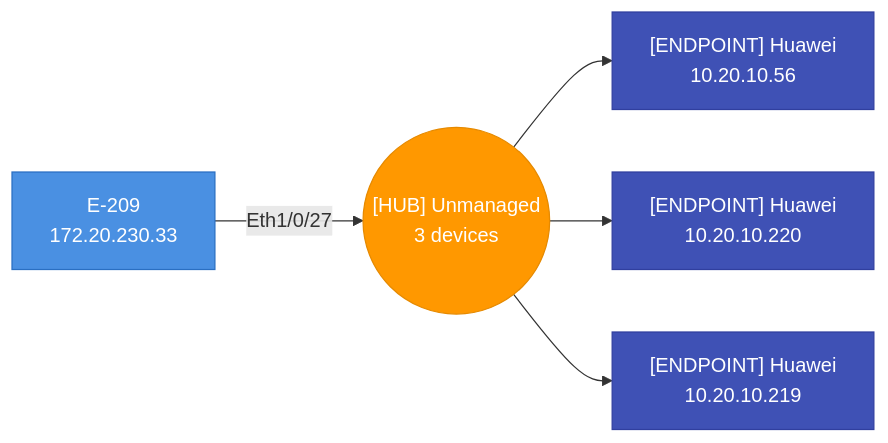
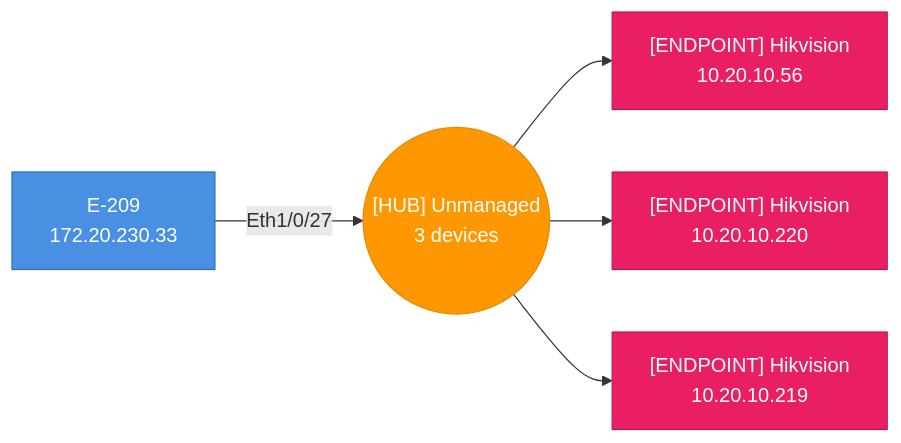
Before and after one commit to djamic/LLDP-Skanner-Go: diagram 23 of 38 in testdata/golden/audit_default.md, drawn with Mermaid. The commit also changed other lines of this file and 11 other files, not shown here.

````diff
--- a/testdata/golden/audit_default.md
+++ b/testdata/golden/audit_default.md
@@ -1866,17 +1806,17 @@
 ```mermaid
 graph LR
   hub_f8f0827c2cc7_p27(("[HUB] Unmanaged<br>3 devices"))
   f8f0827c2cc7["E-209<br>172.20.230.33"]
   f8f0827c2cc7-- "Eth1/0/27" -->hub_f8f0827c2cc7_p27
   style f8f0827c2cc7 fill:#4A90E2,stroke:#2A6FC2,color:#fff
-  085411a4cc3b["[ENDPOINT] Huawei<br>10.20.10.56"]
+  085411a4cc3b["[ENDPOINT] Hikvision<br>10.20.10.56"]
   hub_f8f0827c2cc7_p27-->085411a4cc3b
-  style 085411a4cc3b fill:#3F51B5,stroke:#303F9F,color:#fff
-  50e538fd9bcf["[ENDPOINT] Huawei<br>10.20.10.220"]
+  style 085411a4cc3b fill:#E91E63,stroke:#C2185B,color:#fff
+  50e538fd9bcf["[ENDPOINT] Hikvision<br>10.20.10.220"]
   hub_f8f0827c2cc7_p27-->50e538fd9bcf
-  style 50e538fd9bcf fill:#3F51B5,stroke:#303F9F,color:#fff
-  50e538fd9c72["[ENDPOINT] Huawei<br>10.20.10.219"]
+  style 50e538fd9bcf fill:#E91E63,stroke:#C2185B,color:#fff
+  50e538fd9c72["[ENDPOINT] Hikvision<br>10.20.10.219"]
   hub_f8f0827c2cc7_p27-->50e538fd9c72
-  style 50e538fd9c72 fill:#3F51B5,stroke:#303F9F,color:#fff
+  style 50e538fd9c72 fill:#E91E63,stroke:#C2185B,color:#fff
   style hub_f8f0827c2cc7_p27 fill:#FF9800,stroke:#E68A00,color:#fff
 ```
````
